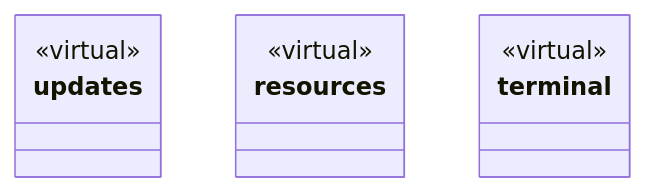
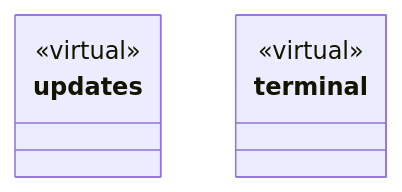
Before and after one commit to nan023062/cbim: the fifth of 5 diagrams in src/logic/ARCHITECTURE.md, drawn with Mermaid. The commit also changed other lines of this file and 374 other files, not shown here.

````diff
--- a/src/logic/ARCHITECTURE.md
+++ b/src/logic/ARCHITECTURE.md
@@ -195,15 +192,11 @@
 ```mermaid
 classDiagram
 class N_1a718763f256["updates"] {
   <<virtual>>
 }
 click N_1a718763f256 href "updates/ARCHITECTURE.md"
-class N_a3428236c4a1["resources"] {
-  <<virtual>>
-}
-click N_a3428236c4a1 href "resources/ARCHITECTURE.md"
 class N_24afab7388cd["terminal"] {
   <<virtual>>
 }
 click N_24afab7388cd href "terminal/ARCHITECTURE.md"
 ```
````
